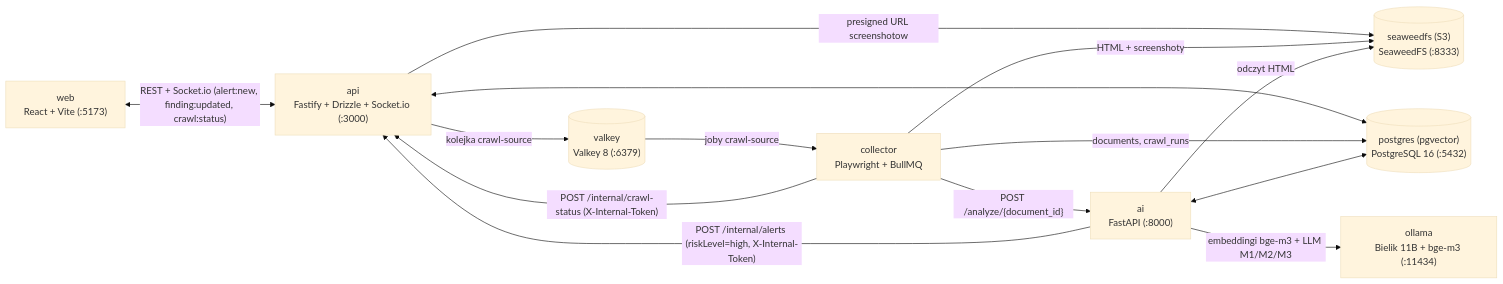
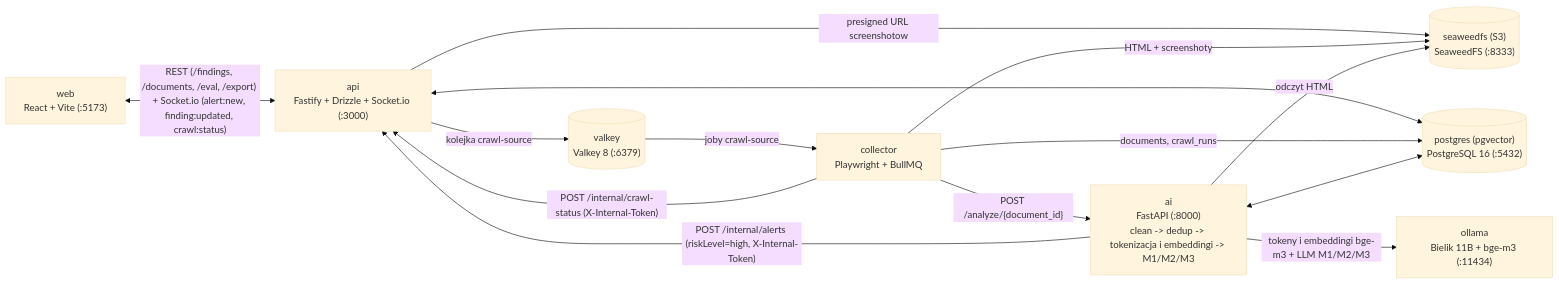
One commit to KacperBartlomiejczak/Hackathon changed the diagram in presentation/architecture.mmd. Above: the diagram before and after it, drawn with Mermaid (base theme). The commit also changed 10 other files, not shown here.

```diff
--- a/presentation/architecture.mmd
+++ b/presentation/architecture.mmd
@@ -1,23 +1,23 @@
 flowchart LR
   web["web<br/>React + Vite (:5173)"]
   api["api<br/>Fastify + Drizzle + Socket.io (:3000)"]
   collector["collector<br/>Playwright + BullMQ"]
-  ai["ai<br/>FastAPI (:8000)"]
+  ai["ai<br/>FastAPI (:8000)<br/>clean -> dedup -> tokenizacja i embeddingi -> M1/M2/M3"]
   pg[("postgres (pgvector)<br/>PostgreSQL 16 (:5432)")]
   valkey[("valkey<br/>Valkey 8 (:6379)")]
   s3[("seaweedfs (S3)<br/>SeaweedFS (:8333)")]
   ollama["ollama<br/>Bielik 11B + bge-m3 (:11434)"]
 
-  web <-- "REST + Socket.io (alert:new, finding:updated, crawl:status)" --> api
+  web <-- "REST (/findings, /documents, /eval, /export) + Socket.io (alert:new, finding:updated, crawl:status)" --> api
   api -- "kolejka crawl-source" --> valkey
   api <--> pg
   api -- "presigned URL screenshotow" --> s3
   valkey -- "joby crawl-source" --> collector
   collector -- "HTML + screenshoty" --> s3
   collector -- "documents, crawl_runs" --> pg
   collector -- "POST /internal/crawl-status (X-Internal-Token)" --> api
   collector -- "POST /analyze/{document_id}" --> ai
   ai -- "odczyt HTML" --> s3
   ai <--> pg
-  ai -- "embeddingi bge-m3 + LLM M1/M2/M3" --> ollama
+  ai -- "tokeny i embeddingi bge-m3 + LLM M1/M2/M3" --> ollama
   ai -- "POST /internal/alerts (riskLevel=high, X-Internal-Token)" --> api
```
